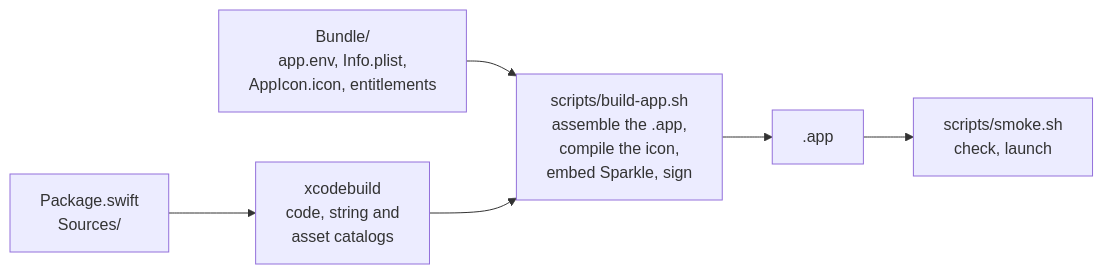
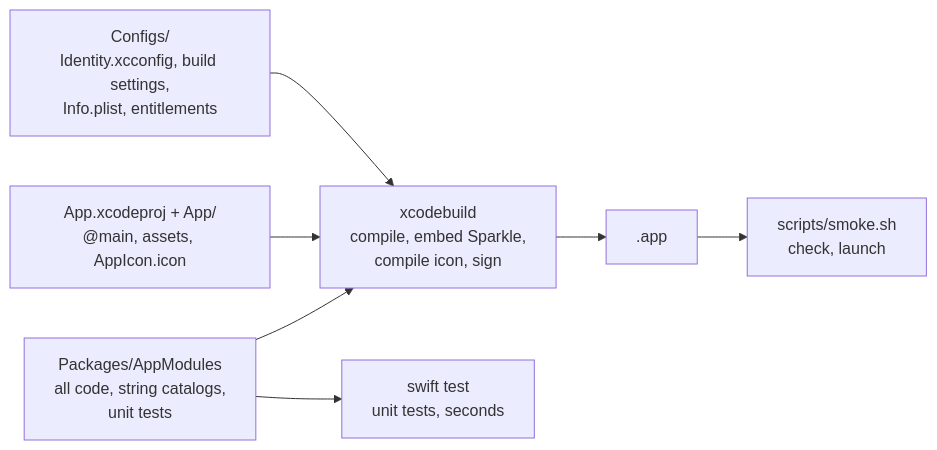
Before and after one commit to chengzi-io/macos-swiftui-spm-template: the diagram in docs/DEVELOPMENT.md, drawn with Mermaid. The commit also changed other lines of this file and 6 other files, not shown here.

````diff
--- a/docs/DEVELOPMENT.md
+++ b/docs/DEVELOPMENT.md
@@ -16,7 +18,8 @@
 ```mermaid
 flowchart LR
-    src["Package.swift<br/>Sources/"] --> xb["xcodebuild<br/>code, string and<br/>asset catalogs"]
-    bundle["Bundle/<br/>app.env, Info.plist,<br/>AppIcon.icon, entitlements"] --> asm
-    xb --> asm["scripts/build-app.sh<br/>assemble the .app,<br/>compile the icon,<br/>embed Sparkle, sign"]
-    asm --> app[".app"] --> smoke["scripts/smoke.sh<br/>check, launch"]
+    pkg["Packages/AppModules<br/>all code, string catalogs,<br/>unit tests"] --> xb
+    shell["App.xcodeproj + App/<br/>@main, assets, AppIcon.icon"] --> xb
+    cfg["Configs/<br/>Identity.xcconfig, build settings,<br/>Info.plist, entitlements"] --> xb
+    xb["xcodebuild<br/>compile, embed Sparkle,<br/>compile icon, sign"] --> app[".app"] --> smoke["scripts/smoke.sh<br/>check, launch"]
+    pkg --> st["swift test<br/>unit tests, seconds"]
 ```
````
